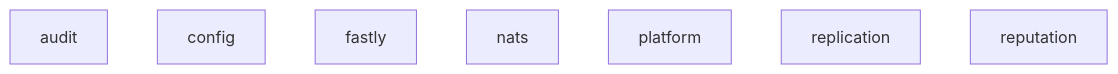
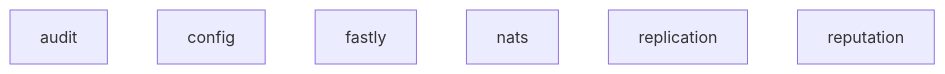
The diagram in README.md (utopia-php/monorepo), drawn with Mermaid before and after one commit. The commit also changed other lines of this file and 32 other files, not shown here.

````diff
--- a/README.md
+++ b/README.md
@@ -52,10 +52,9 @@
 ```mermaid
 graph TD
     audit
     config
     fastly
     nats
-    platform
     replication
     reputation
 ```
````
